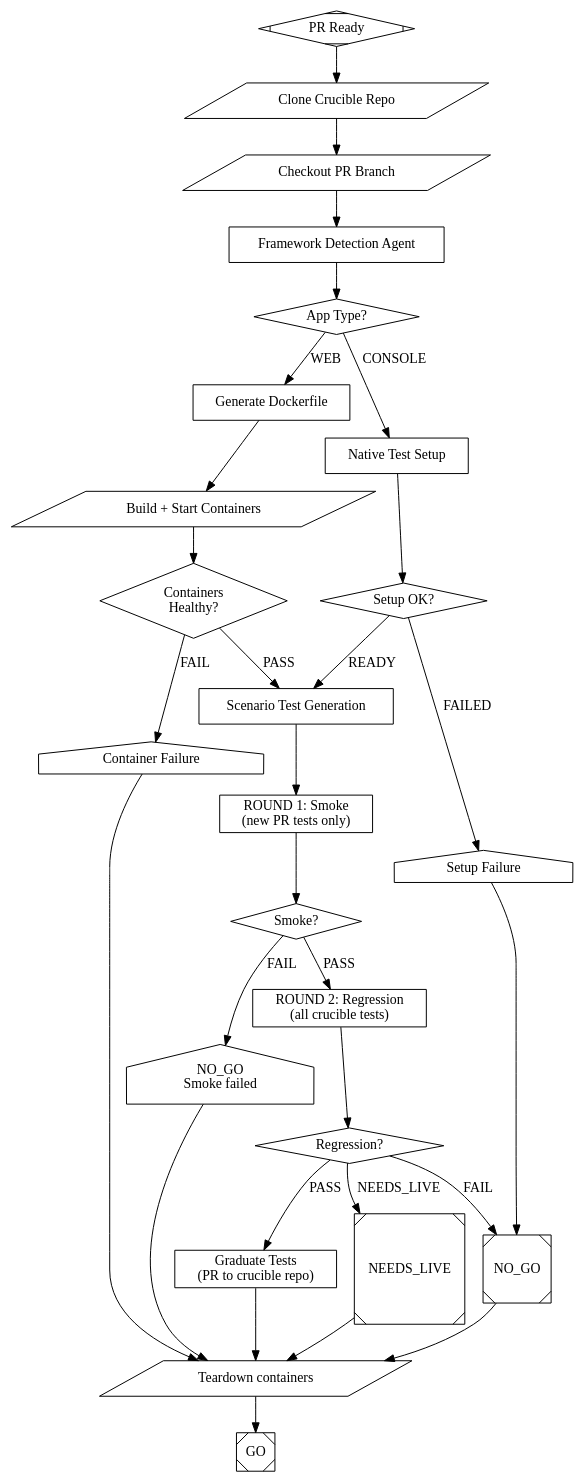
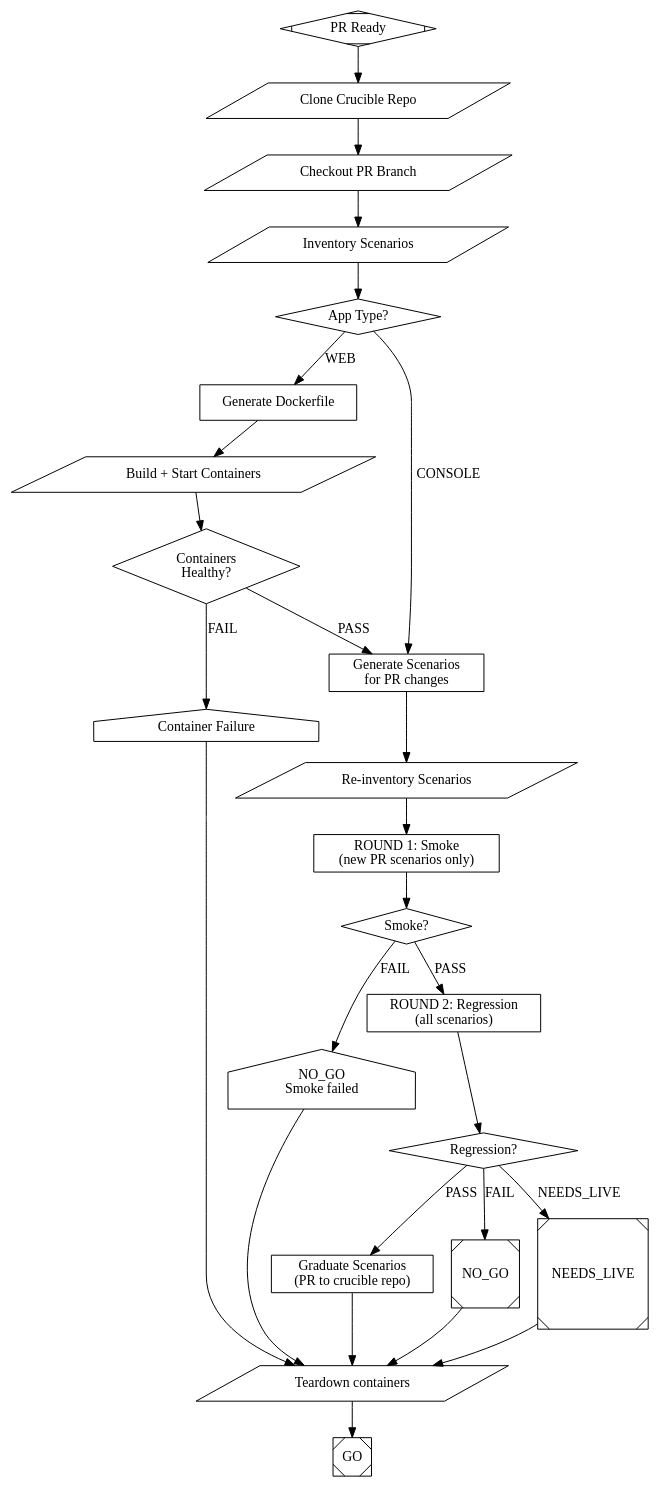
The diagram in pipelines/crucible.dot (ardrodus/dark-fac), drawn with Graphviz before and after one commit. The commit also changed 3 other files, not shown here.

First line of the commit message:
refactor: scenario-based crucible layout, add inventory module, remove test_cmd

```diff
--- a/pipelines/crucible.dot
+++ b/pipelines/crucible.dot
@@ -1,22 +1,40 @@
-// Crucible: Two-Round Validation Pipeline with Test Graduation
+// Crucible: Scenario-Based Validation Pipeline with Test Graduation
 //
 // ARCHITECTURE: This DOT file IS the pipeline implementation.
 // Python only does: resolve repo → acquire workspace → engine.run_pipeline("crucible").
 // ALL workflow logic, branching, and decisions live HERE — not in Python.
 // If you need to change Crucible's behavior, modify THIS file.
 //
-// The "bill becoming a law" pipeline — two paths based on app type:
+// The "bill becoming a law" pipeline — scenario tests are NATURAL LANGUAGE
+// PROMPTS, not code. The LLM agent reads a .scenario file, uses bash/curl
+// to execute it against the running app, and reports PASS/FAIL.
 //
-//   WEB apps (has_web_server=true):
-//     provision → detect → generate Dockerfile → containerize → health check
-//     → generate tests → smoke → regression → teardown → graduate
+// Two paths based on app type:
 //
-//   CONSOLE apps (has_web_server=false):
-//     provision → detect → install deps natively
-//     → generate tests → smoke → regression → graduate
+//   WEB apps (app_type=web):
+//     provision → containerize → health check → run scenarios → graduate
+//     Agent tests via HTTP from the host (curl/httpx against localhost:port)
 //
-// Console apps skip containerization entirely — tests run directly in the
-// workspace. No Docker overhead for CLIs, libraries, or batch tools.
+//   CONSOLE apps (app_type=console):
+//     provision → run scenarios → graduate
+//     Agent runs the binary directly in the workspace (no Docker)
+//
+// No test frameworks. No Playwright. No framework detection.
+// The LLM + bash + curl IS the test harness.
+//
+// Scenario files live in the crucible companion repo, organized by feature:
+//   crucible-tests/
+//     scenarios/
+//       auth/
+//         login.scenario             ← permanent (graduated)
+//       cart/
+//         checkout.scenario          ← permanent (graduated)
+//       pr-42-new-endpoint.scenario  ← new, pending graduation
+//
+// The agent traverses scenarios/ recursively to find ALL *.scenario files.
+//
+// Each .scenario file is a natural language prompt describing what to test.
+// The LLM agent reads it, executes the steps using tools, and reports results.
 //
 // Verdicts: GO | NO_GO | NEEDS_LIVE
 //
@@ -31,14 +49,13 @@
 //   $app_type     — "web" or "console" (from workspace_config)
 //   $language     — primary language (from analysis)
 //   $framework    — framework if any (from analysis)
-//   $test_cmd     — project's test command (from analysis)
 //
 // Node shapes: box = LLM agent, parallelogram = shell, diamond = decision,
 //              house = terminal (non-exit), Mdiamond = start, Msquare = exit
 
 digraph crucible {
     graph [
-        goal="Validate PR via two-round testing then graduate new tests to crucible repo"
+        goal="Validate PR via scenario-based testing then graduate new scenarios to crucible repo"
     ]
 
     // =============================================
@@ -62,13 +79,21 @@
     ]
 
     // =============================================
-    // PHASE 2: FRAMEWORK DETECTION
+    // PHASE 2: INVENTORY
     // =============================================
 
-    detect_frameworks [
-        shape=box,
-        label="Framework Detection Agent",
-        prompt="You are the Crucible framework detection agent.\n\nWorkspace: $workspace\nLanguage: $language\nFramework: $framework\nApp type: $app_type\nCrucible test repo: $workspace/.dark-factory/crucible-tests/\n\nDetermine which test frameworks are needed for Crucible validation.\n\nFor WEB apps ($app_type = web):\n- Web UI: Playwright (preferred), Cypress\n- REST API: supertest (Node), httpx (Python)\n- These are SCENARIO/E2E frameworks, NOT unit test runners\n\nFor CONSOLE apps ($app_type = console):\n- Use the project's own test runner ($test_cmd)\n- Add integration test frameworks if needed (e.g. pytest + subprocess for CLIs)\n- No E2E web frameworks needed\n\nSteps:\n1. Examine the app technology stack\n2. Identify testable surfaces based on app type\n3. Recommend frameworks (max 3 total)\n4. Check what already exists in the crucible repo\n\nWrite results to: $workspace/.dark-factory/crucible/framework-detection.json\nInclude: app_type, frameworks[], testable_surfaces[], install_commands[]\n\nOutput the final word: WEB or CONSOLE"
+    inventory_scenarios [
+        shape=parallelogram,
+        label="Inventory Scenarios",
+        prompt="python -m dark_factory.crucible.inventory $workspace/.dark-factory/crucible-tests/ 2>&1",
+        timeout="1m"
+    ]
+
+    reinventory [
+        shape=parallelogram,
+        label="Re-inventory Scenarios",
+        prompt="python -m dark_factory.crucible.inventory $workspace/.dark-factory/crucible-tests/ 2>&1",
+        timeout="1m"
     ]
 
     // =============================================
@@ -77,12 +102,12 @@
 
     app_type_check [shape=diamond, label="App Type?"]
 
-    // --- Web path: containerize ---
+    // --- Web path: containerize the app ---
 
     generate_dockerfile [
         shape=box,
         label="Generate Dockerfile",
-        prompt="You are the Crucible containerization agent.\n\nWorkspace: $workspace\nLanguage: $language\nFramework: $framework\n\nGenerate Docker files for running the app and its dependencies:\n\n1. Read the project structure, package files, and any existing Dockerfile\n2. Generate $workspace/.dark-factory/crucible/Dockerfile:\n   - Use an appropriate base image for $language\n   - Install project dependencies\n   - Copy source code\n   - Set the entrypoint to start the app\n3. Generate $workspace/.dark-factory/crucible/docker-compose.yml:\n   - App service from the Dockerfile above\n   - If the app uses a database (check for ORM configs, connection strings):\n     add a database service (postgres, mysql, redis, etc.) as a digital twin\n   - Expose relevant ports\n   - Health check for the app service\n   - Mount crucible tests at /crucible/\n4. Do NOT use .dark-factory/generated/ or .dark-factory/twins/ — generate everything fresh\n\nWrite file paths to: $workspace/.dark-factory/crucible/container-config.json\n\nOutput: READY"
+        prompt="You are the Crucible containerization agent.\n\nWorkspace: $workspace\nLanguage: $language\nFramework: $framework\n\nGenerate Docker files to run the app and its dependencies:\n\n1. Read the project structure, package files, and any existing Dockerfile\n2. Generate $workspace/.dark-factory/crucible/Dockerfile:\n   - Use an appropriate base image for $language\n   - Install project dependencies\n   - Copy source code\n   - Set the entrypoint to start the app\n3. Generate $workspace/.dark-factory/crucible/docker-compose.yml:\n   - App service from the Dockerfile above\n   - If the app uses a database (check for ORM configs, connection strings):\n     add a database service (postgres, mysql, redis, etc.) as a digital twin\n   - Expose relevant ports\n   - Health check for the app service\n4. Write the exposed port number to: $workspace/.dark-factory/crucible/app-port.txt\n\nOutput: READY"
     ]
 
     containerize [
@@ -95,55 +120,44 @@
     health_check [shape=diamond, label="Containers\nHealthy?"]
     container_failed [shape=house, label="Container Failure"]
 
-    // --- Console path: native setup ---
-
-    native_setup [
-        shape=box,
-        label="Native Test Setup",
-        prompt="You are the Crucible native test setup agent.\n\nWorkspace: $workspace\nLanguage: $language\nFramework: $framework\nTest command: $test_cmd\n\nSet up the test environment directly in the workspace (no Docker):\n\n1. Read $workspace/.dark-factory/crucible/framework-detection.json\n2. Install any missing test frameworks from the detection results:\n   - Python: pip install into .venv (cd $workspace && .venv/bin/pip install ...)\n   - Node: npm install --save-dev ...\n   - Go/Rust: already available via go test / cargo test\n3. Verify the test command works: run $test_cmd with --co or --collect-only if available\n4. Verify crucible test directory exists: $workspace/.dark-factory/crucible-tests/\n\nOutput: READY if setup succeeded, FAILED if critical setup failed"
-    ]
-
-    native_check [shape=diamond, label="Setup OK?"]
-    native_failed [shape=house, label="Setup Failure"]
-
     // =============================================
-    // PHASE 4: SCENARIO TEST GENERATION
+    // PHASE 3: SCENARIO GENERATION
     // (both paths converge here)
     // =============================================
 
     generate_scenarios [
         shape=box,
-        label="Scenario Test Generation",
-        prompt="You are the Crucible scenario test generation agent.\n\nWorkspace: $workspace\nApp type: $app_type\nLanguage: $language\nFramework: $framework\nPR number: $pr_number\nPR branch: $pr_branch\nCrucible tests: $workspace/.dark-factory/crucible-tests/\n\nGenerate tests that validate the PR's changes.\n\nSteps:\n1. Run: cd $workspace && git diff origin/main...$pr_branch -- . ':!.dark-factory'\n2. Identify changed files, new functions, modified endpoints or CLI commands\n3. Read $workspace/.dark-factory/crucible/framework-detection.json for framework choices\n4. Generate 1-5 test files based on app type:\n\n   For WEB apps:\n   - E2E tests using detected framework (Playwright, httpx, etc.)\n   - Test against the running container (localhost:<port>)\n   - Exercise new endpoints, UI flows, API responses\n\n   For CONSOLE apps:\n   - Integration tests using project's test framework\n   - Test CLI commands via subprocess if applicable\n   - Test new functions/modules directly\n   - Run in the workspace, not in a container\n\n5. Write to: $workspace/.dark-factory/crucible-tests/tests/pr-$pr_number-<feature>.spec.<ext>\n\nRules:\n- Each test exercises a USER-VISIBLE behavior change from the PR\n- Tests must be self-contained and deterministic\n- Use detected framework idioms\n- Max 500 lines total across all generated files\n\nOutput: GENERATED"
+        label="Generate Scenarios\nfor PR changes",
+        prompt="You are the Crucible scenario generation agent.\n\nWorkspace: $workspace\nApp type: $app_type\nLanguage: $language\nFramework: $framework\nPR number: $pr_number\nPR branch: $pr_branch\nCrucible tests: $workspace/.dark-factory/crucible-tests/\n\nGenerate natural language scenario files that validate the PR's changes.\n\nSteps:\n1. Run: cd $workspace && git diff origin/main...$pr_branch -- . ':!.dark-factory'\n2. Identify changed files, new endpoints, modified CLI commands, new features\n3. For each testable change, write a .scenario file:\n\n   For WEB apps:\n   - Scenarios exercise HTTP endpoints from the host\n   - Example: 'POST /api/cart/add with body {\"item_id\": 42}. Expect 200.'\n   - Test response codes, JSON shapes, error handling\n   - Reference localhost:<port> (read port from $workspace/.dark-factory/crucible/app-port.txt)\n\n   For CONSOLE apps:\n   - Scenarios run the binary directly\n   - Example: 'Run ./myapp --version. Expect output containing a semver string.'\n   - Test CLI flags, stdout/stderr, exit codes, file output\n\n4. Write to: $workspace/.dark-factory/crucible-tests/scenarios/pr-$pr_number-<feature>.scenario\n   (new PR scenarios go in the scenarios/ root, NOT in feature subdirs)\n\nRules:\n- Each scenario tests ONE user-visible behavior from the PR\n- Scenarios are plain English instructions — NOT code\n- Include expected outcomes (status codes, output patterns, file existence)\n- Max 10 scenarios per PR\n- Keep each scenario under 20 lines\n\nOutput: GENERATED"
     ]
 
     // =============================================
-    // PHASE 5: ROUND 1 — SMOKE (new PR tests only)
+    // PHASE 4: ROUND 1 — SMOKE (new PR scenarios only)
     // =============================================
 
     round1_smoke [
         shape=box,
-        label="ROUND 1: Smoke\n(new PR tests only)",
-        prompt="You are the Crucible smoke test runner.\n\nWorkspace: $workspace\nApp type: $app_type\nCrucible tests: $workspace/.dark-factory/crucible-tests/\nPR number: $pr_number\n\nRun ONLY the newly generated PR tests (files matching tests/pr-$pr_number-*).\nDo NOT run existing tests yet.\n\nFor WEB apps: tests run against the container (localhost:<port>).\nFor CONSOLE apps: tests run directly in the workspace.\n\nFor each failure, classify as:\n- REAL_BUG: Genuine assertion failure on correct behavior\n- FLAKY: Timeout, element not found, race condition\n- ENV_ISSUE: Connection refused, missing service\n- NEEDS_LIVE: Requires external service not available in this environment\n\nWrite results to: $workspace/.dark-factory/crucible/smoke-results.json\n\nOutput verdict as final line: PASS (all pass or only FLAKY) | FAIL (any REAL_BUG)"
+        label="ROUND 1: Smoke\n(new PR scenarios only)",
+        prompt="You are the Crucible smoke test agent.\n\nWorkspace: $workspace\nApp type: $app_type\nPR number: $pr_number\nScenarios: $workspace/.dark-factory/crucible-tests/scenarios/\n\nExecute ONLY the newly generated PR scenarios.\nRead the manifest: $workspace/.dark-factory/crucible-tests/scenario-manifest.json\nThe 'pr' array lists all new PR scenarios with their paths.\nDo NOT run existing (graduated) scenarios yet.\n\nFor each scenario file:\n1. Read the natural language instructions\n2. Execute them using bash commands (curl, httpx, the app binary, etc.)\n3. Compare actual results against expected outcomes in the scenario\n4. Record PASS or FAIL with details\n\nFor WEB apps: use curl/httpx against localhost:<port> from the host.\nFor CONSOLE apps: run commands directly in $workspace.\n\nFor each failure, classify as:\n- REAL_BUG: Actual behavior doesn't match expected (assertion failure)\n- ENV_ISSUE: Connection refused, service unavailable, timeout\n- NEEDS_LIVE: Requires external service not available locally\n\nWrite results to: $workspace/.dark-factory/crucible/smoke-results.json\nFormat: {scenarios: [{file, verdict, classification, detail}], summary: {pass, fail, total}}\n\nOutput verdict as final line: PASS (all pass) | FAIL (any REAL_BUG) | NEEDS_LIVE"
     ]
 
     smoke_verdict [shape=diamond, label="Smoke?"]
     smoke_failed [shape=house, label="NO_GO\nSmoke failed"]
 
     // =============================================
-    // PHASE 6: ROUND 2 — FULL REGRESSION
+    // PHASE 5: ROUND 2 — FULL REGRESSION
     // =============================================
 
     round2_regression [
         shape=box,
-        label="ROUND 2: Regression\n(all crucible tests)",
-        prompt="You are the Crucible regression test runner.\n\nWorkspace: $workspace\nApp type: $app_type\nCrucible tests: $workspace/.dark-factory/crucible-tests/\n\nRun the FULL test suite: all existing crucible tests PLUS the new PR tests.\nThis validates the new code does not break existing tests.\n\nFor WEB apps: tests run against the container.\nFor CONSOLE apps: tests run directly in the workspace.\n\nClassify failures the same way as Round 1.\n\nWrite results to: $workspace/.dark-factory/crucible/regression-results.json\n\nOutput verdict as final line:\n- PASS: All tests pass (>= 95% pass rate AND zero REAL_BUG)\n- FAIL: Any REAL_BUG found\n- NEEDS_LIVE: Tests require live services not available (zero REAL_BUG)"
+        label="ROUND 2: Regression\n(all scenarios)",
+        prompt="You are the Crucible regression test agent.\n\nWorkspace: $workspace\nApp type: $app_type\nScenarios: $workspace/.dark-factory/crucible-tests/scenarios/\n\nExecute ALL scenario files — both graduated and new PR scenarios.\nRead the manifest: $workspace/.dark-factory/crucible-tests/scenario-manifest.json\nRun every scenario listed in both the 'graduated' and 'pr' arrays.\nThis validates the PR doesn't break existing behavior.\n\nFor each scenario file:\n1. Read the natural language instructions\n2. Execute them using bash commands\n3. Compare actual results against expected outcomes\n4. Record PASS or FAIL with details\n\nClassify failures the same way as Round 1.\n\nWrite results to: $workspace/.dark-factory/crucible/regression-results.json\nFormat: {scenarios: [{file, verdict, classification, detail}], summary: {pass, fail, total}}\n\nOutput verdict as final line:\n- PASS: All pass (>= 95% pass rate AND zero REAL_BUG)\n- FAIL: Any REAL_BUG found\n- NEEDS_LIVE: Tests require live services (zero REAL_BUG)"
     ]
 
     regression_verdict [shape=diamond, label="Regression?"]
 
     // =============================================
-    // PHASE 7: TEARDOWN (web only) + TEST GRADUATION
+    // PHASE 6: TEARDOWN + GRADUATION
     // =============================================
 
     teardown [
@@ -153,10 +167,10 @@
         timeout="2m"
     ]
 
-    graduate_tests [
+    graduate_scenarios [
         shape=box,
-        label="Graduate Tests\n(PR to crucible repo)",
-        prompt="You are the Crucible test graduation agent.\n\nCrucible repo: $workspace/.dark-factory/crucible-tests/\nPR number: $pr_number\n\nTests passed both rounds — time to make them permanent.\n\nSteps:\n1. Find all test files matching: tests/pr-$pr_number-*\n2. Rename: remove 'pr-$pr_number-' prefix (e.g. pr-42-auth.spec.ts → auth.spec.ts)\n3. Check for naming conflicts with existing tests\n4. cd $workspace/.dark-factory/crucible-tests/\n5. git checkout -b crucible/graduate-pr-$pr_number\n6. git add -A && git commit -m 'feat(crucible): graduate tests from PR #$pr_number'\n7. git push -u origin crucible/graduate-pr-$pr_number\n8. gh pr create --title 'crucible: graduate PR #$pr_number tests' --label crucible-passed\n\nThe bill becomes law.\n\nOutput: GO"
+        label="Graduate Scenarios\n(PR to crucible repo)",
+        prompt="You are the Crucible graduation agent.\n\nCrucible repo: $workspace/.dark-factory/crucible-tests/\nPR number: $pr_number\n\nScenarios passed both rounds — time to make them permanent.\n\nSteps:\n1. Find new scenarios: find $workspace/.dark-factory/crucible-tests/scenarios/ -maxdepth 1 -name 'pr-$pr_number-*.scenario'\n2. For each, decide the best feature subdirectory (create if needed)\n3. Move and rename: strip 'pr-$pr_number-' prefix, place in feature dir\n   (e.g. scenarios/pr-42-new-endpoint.scenario → scenarios/api/new-endpoint.scenario)\n4. Check for naming conflicts with existing scenarios\n4. cd $workspace/.dark-factory/crucible-tests/\n5. git checkout -b crucible/graduate-pr-$pr_number\n6. git add -A && git commit -m 'feat(crucible): graduate scenarios from PR #$pr_number'\n7. git push -u origin crucible/graduate-pr-$pr_number\n8. gh pr create --title 'crucible: graduate PR #$pr_number scenarios' --label crucible-passed\n\nThe bill becomes law.\n\nOutput: GO"
     ]
 
     // =============================================
@@ -171,41 +185,34 @@
     // FLOW
     // =============================================
 
-    // Provision
-    start -> clone_crucible -> clone_pr -> detect_frameworks
+    // Provision + inventory
+    start -> clone_crucible -> clone_pr -> inventory_scenarios -> app_type_check
 
     // Split by app type
-    detect_frameworks -> app_type_check
     app_type_check -> generate_dockerfile [label="WEB"]
-    app_type_check -> native_setup [label="CONSOLE"]
+    app_type_check -> generate_scenarios [label="CONSOLE"]
 
-    // Web path: dockerfile → build → health check
+    // Web path: dockerfile → build → health check → scenarios
     generate_dockerfile -> containerize -> health_check
     health_check -> generate_scenarios [label="PASS"]
     health_check -> container_failed [label="FAIL"]
 
-    // Console path: native setup → check
-    native_setup -> native_check
-    native_check -> generate_scenarios [label="READY"]
-    native_check -> native_failed [label="FAILED"]
-
-    // Both paths converge: generate → smoke → regression
-    generate_scenarios -> round1_smoke -> smoke_verdict
+    // Both paths converge: generate → re-inventory → smoke → regression
+    generate_scenarios -> reinventory -> round1_smoke -> smoke_verdict
     smoke_verdict -> round2_regression [label="PASS"]
     smoke_verdict -> smoke_failed [label="FAIL"]
 
     round2_regression -> regression_verdict
-    regression_verdict -> graduate_tests [label="PASS"]
+    regression_verdict -> graduate_scenarios [label="PASS"]
     regression_verdict -> no_go [label="FAIL"]
     regression_verdict -> needs_live [label="NEEDS_LIVE"]
 
     // Graduate then done (web tears down containers first)
-    graduate_tests -> teardown -> go
+    graduate_scenarios -> teardown -> go
 
     // Failure paths also teardown containers (no-op for console)
     smoke_failed -> teardown
     no_go -> teardown
     needs_live -> teardown
     container_failed -> teardown
-    native_failed -> no_go
 }
```
